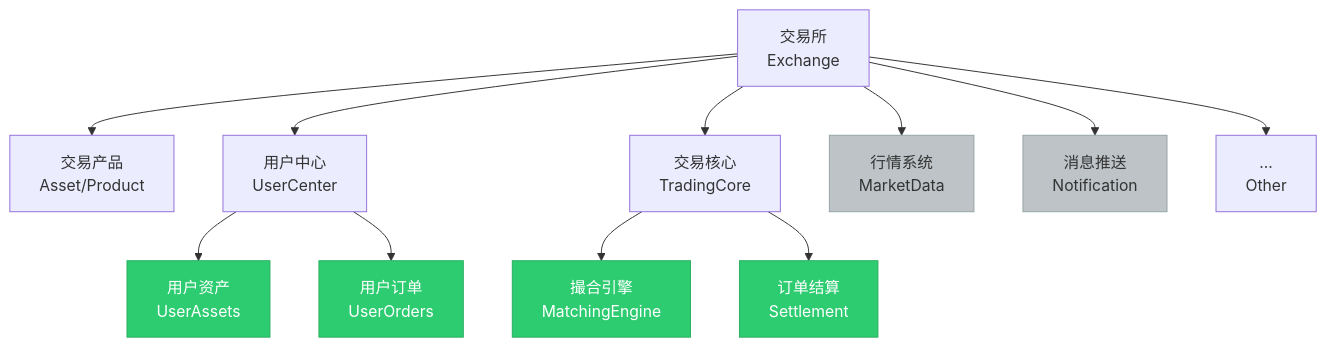
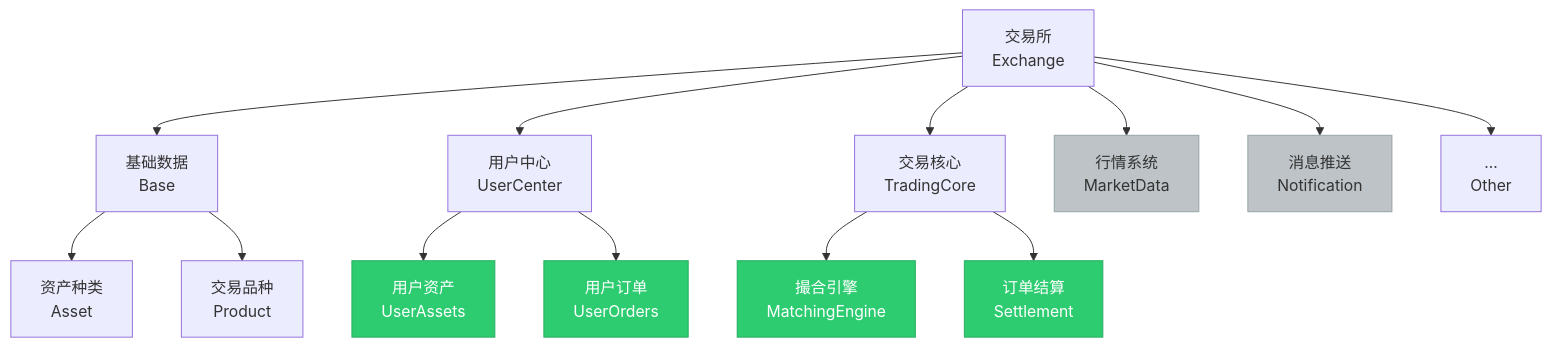
Before and after one commit to yzimhao/trading_engine: the diagram in readme.md, drawn with Mermaid.

````diff
--- a/readme.md
+++ b/readme.md
@@ -17,27 +17,29 @@
 ```mermaid
 graph TD
     classDef done fill:#2ecc71,stroke:#27ae60,color:#fff  
     classDef pending fill:#bdc3c7,stroke:#95a5a6,color:#333
 
     A[交易所<br>Exchange]
 
-    A --> aa[交易产品<br>Asset/Product]
+    A --> aa[基础数据<br>Base]
+    aa --> aa1[资产种类<br>Asset]
+    aa --> aa2[交易品种<br>Product]
 
     A --> AA[用户中心<br>UserCenter]
     AA --> AAa[用户资产<br>UserAssets]
     class AAa done
     AA--> AAb[用户订单<br>UserOrders]
     class AAb done
     A --> AC[交易核心<br>TradingCore]
     A --> AC3[行情系统<br>MarketData]
     class AC3 pending
     A --> AD[消息推送<br>Notification]
     class AD pending
     A --> AZ[...<br>Other]
 
     AC --> AC1[撮合引擎<br>MatchingEngine]
     class AC1 done
     AC --> AC2[订单结算<br>Settlement]
     class AC2 done
     
 ```
````
